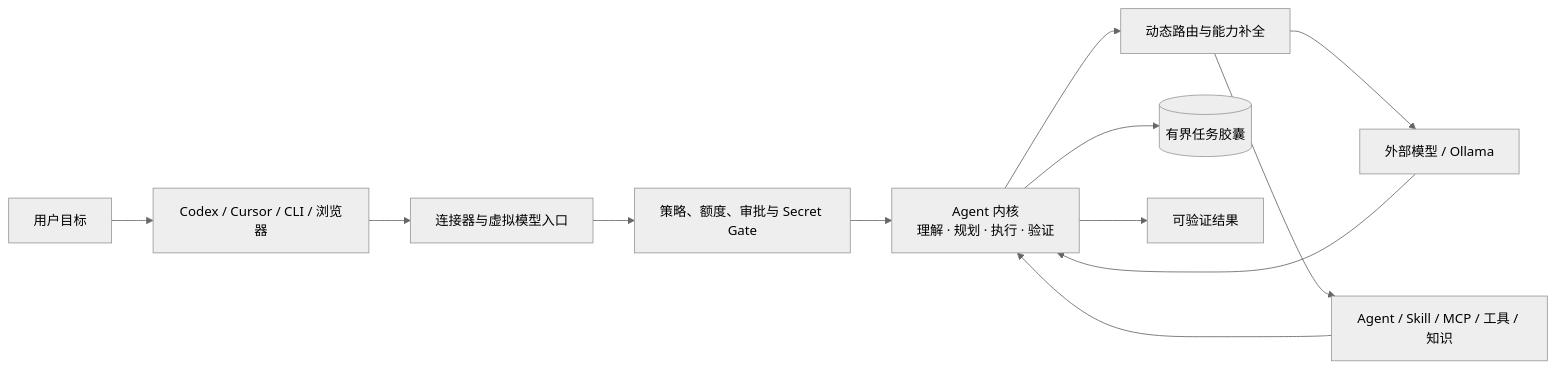
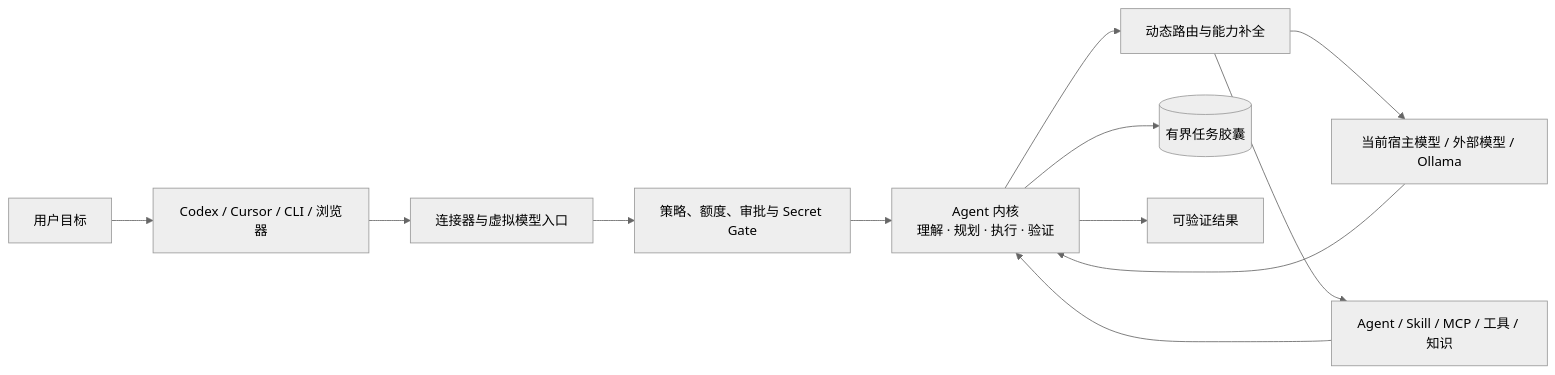
One commit to skillnull/AI-Tidu9 changed the first of 4 diagrams in docs/ARCHITECTURE.md. Above: the diagram before and after it, drawn with Mermaid (neutral theme). The commit also changed other lines of this file and 50 other files, not shown here.

Commit message:
fix(config): preserve Codex models and detect local Ollama

````diff
--- a/docs/ARCHITECTURE.md
+++ b/docs/ARCHITECTURE.md
@@ -19,14 +20,14 @@
 ```mermaid
 flowchart LR
   User[用户目标] --> Surface[Codex / Cursor / CLI / 浏览器]
   Surface --> Entry[连接器与虚拟模型入口]
   Entry --> Gate[策略、额度、审批与 Secret Gate]
   Gate --> Kernel[Agent 内核<br/>理解 · 规划 · 执行 · 验证]
   Kernel --> Router[动态路由与能力补全]
-  Router --> Models[外部模型 / Ollama]
+  Router --> Models[当前宿主模型 / 外部模型 / Ollama]
   Router --> Assets[Agent / Skill / MCP / 工具 / 知识]
   Models --> Kernel
   Assets --> Kernel
   Kernel --> Capsule[(有界任务胶囊)]
   Kernel --> Result[可验证结果]
 ```
````
